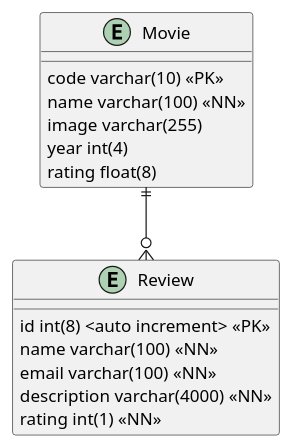
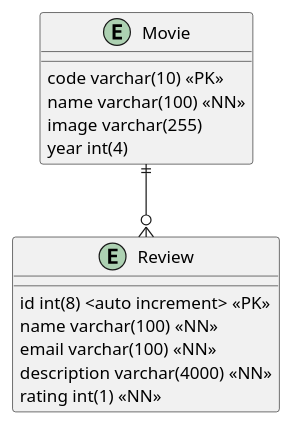
The diagram in doc/modelo_datos.puml (angelavasquez05/PeliculasFlask), drawn with PlantUML before and after one commit. The commit also changed 2 other files, not shown here.

```diff
--- a/doc/modelo_datos.puml
+++ b/doc/modelo_datos.puml
@@ -1,23 +1,22 @@
 @startuml "Modelo Entidad Relacion"
 
 Entity Movie {
     code varchar(10) <<PK>>
     name varchar(100) <<NN>>
     image varchar(255)
-    year int(4) 
-    rating float(8)
+    year int(4)     
 }
 
 Entity Review {
     id int(8) <auto increment> <<PK>>
     name varchar(100) <<NN>>
     email varchar(100) <<NN>>
     description varchar(4000) <<NN>>
     rating int(1) <<NN>>
 }
 
 Movie ||--o{ Review
 
 
 
 @enduml
```
